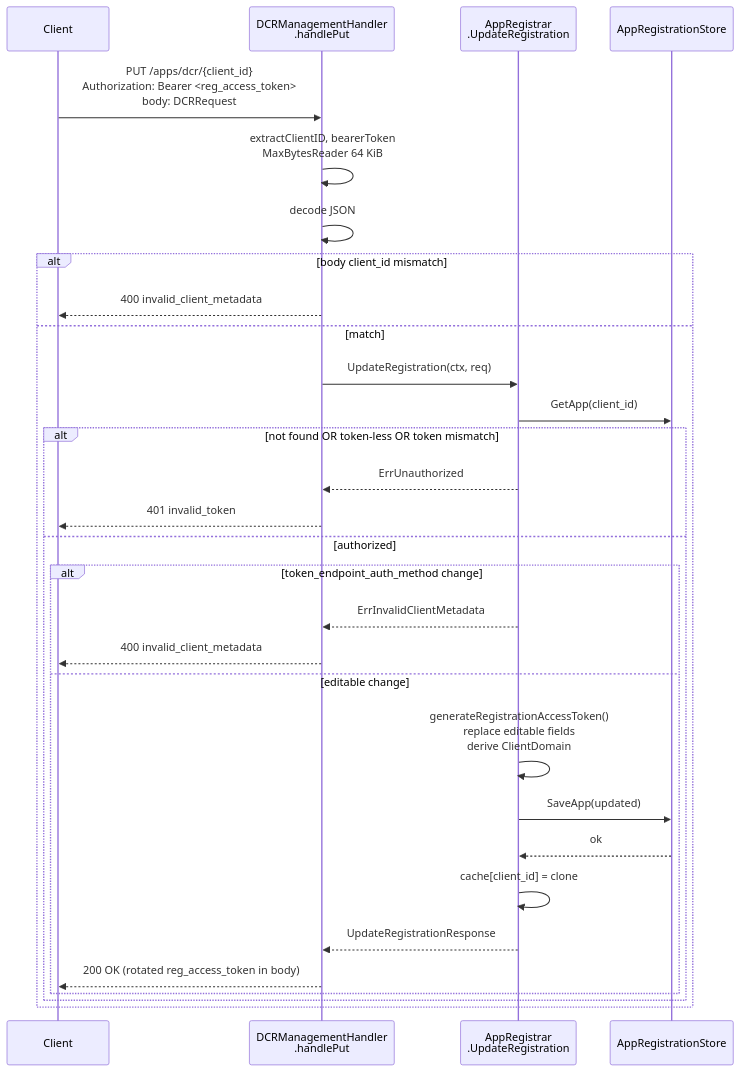
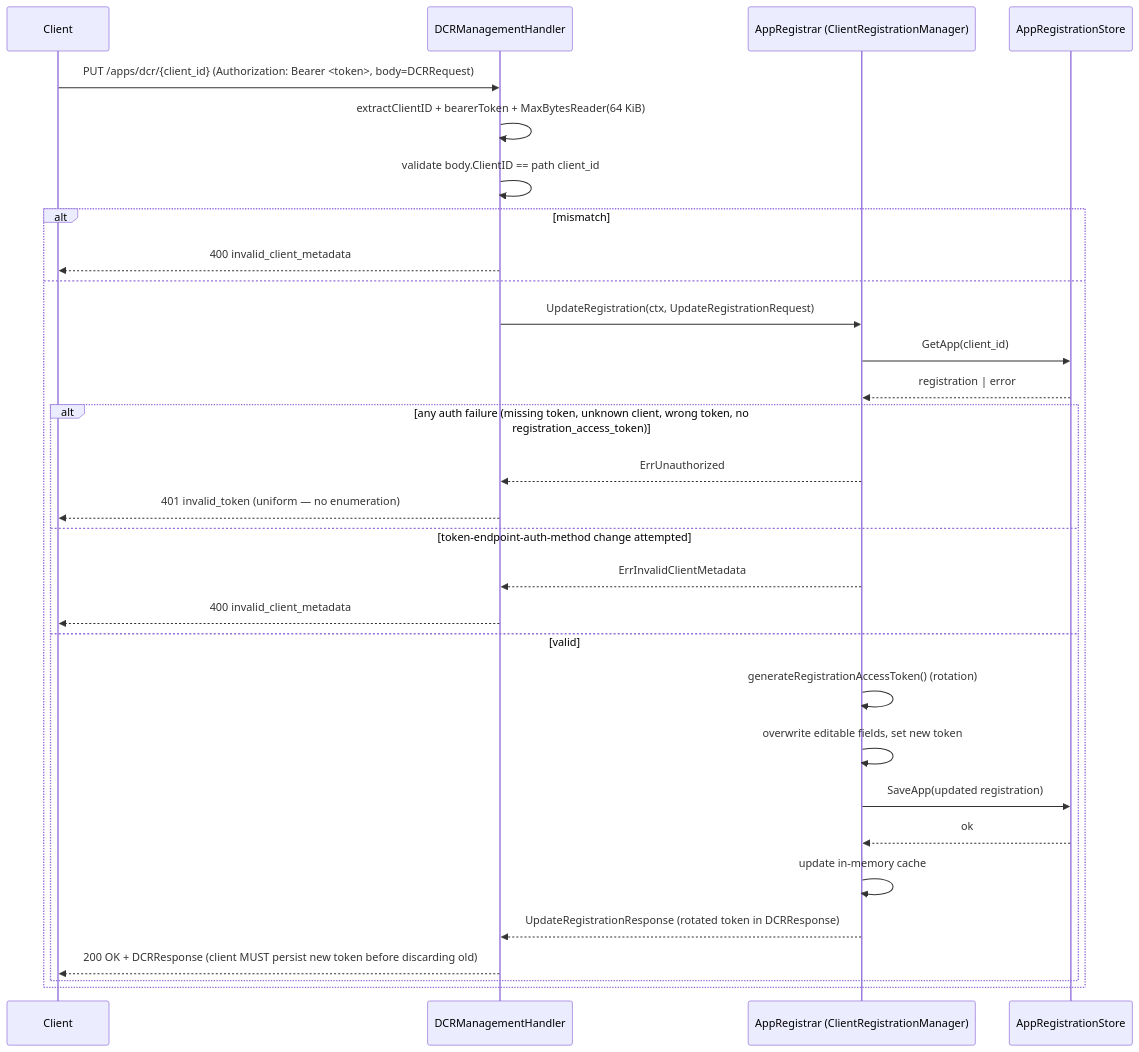
The second of 4 diagrams in admin/DESIGN.md (panyam/oneauth), drawn with Mermaid before and after one commit. The commit also changed other lines of this file and 42 other files, not shown here.

````diff
--- a/admin/DESIGN.md
+++ b/admin/DESIGN.md
@@ -125,33 +127,33 @@
 ```mermaid
 sequenceDiagram
     participant Client
-    participant H as DCRManagementHandler<br/>.handlePut
-    participant Mgr as AppRegistrar<br/>.UpdateRegistration
+    participant Mgmt as DCRManagementHandler
+    participant Mgr as AppRegistrar (ClientRegistrationManager)
     participant Store as AppRegistrationStore
 
-    Client->>H: PUT /apps/dcr/{client_id}<br/>Authorization: Bearer <reg_access_token><br/>body: DCRRequest
-    H->>H: extractClientID, bearerToken<br/>MaxBytesReader 64 KiB
-    H->>H: decode JSON
-    alt body client_id mismatch
-        H-->>Client: 400 invalid_client_metadata
-    else match
-        H->>Mgr: UpdateRegistration(ctx, req)
+    Client->>Mgmt: PUT /apps/dcr/{client_id} (Authorization: Bearer <token>, body=DCRRequest)
+    Mgmt->>Mgmt: extractClientID + bearerToken + MaxBytesReader(64 KiB)
+    Mgmt->>Mgmt: validate body.ClientID == path client_id
+    alt mismatch
+        Mgmt-->>Client: 400 invalid_client_metadata
+    else
+        Mgmt->>Mgr: UpdateRegistration(ctx, UpdateRegistrationRequest)
         Mgr->>Store: GetApp(client_id)
-        alt not found OR token-less OR token mismatch
-            Mgr-->>H: ErrUnauthorized
-            H-->>Client: 401 invalid_token
-        else authorized
-            alt token_endpoint_auth_method change
-                Mgr-->>H: ErrInvalidClientMetadata
-                H-->>Client: 400 invalid_client_metadata
-            else editable change
-                Mgr->>Mgr: generateRegistrationAccessToken()<br/>replace editable fields<br/>derive ClientDomain
-                Mgr->>Store: SaveApp(updated)
-                Store-->>Mgr: ok
-                Mgr->>Mgr: cache[client_id] = clone
-                Mgr-->>H: UpdateRegistrationResponse
-                H-->>Client: 200 OK (rotated reg_access_token in body)
-            end
+        Store-->>Mgr: registration | error
+        alt any auth failure (missing token, unknown client, wrong token, no registration_access_token)
+            Mgr-->>Mgmt: ErrUnauthorized
+            Mgmt-->>Client: 401 invalid_token (uniform — no enumeration)
+        else token-endpoint-auth-method change attempted
+            Mgr-->>Mgmt: ErrInvalidClientMetadata
+            Mgmt-->>Client: 400 invalid_client_metadata
+        else valid
+            Mgr->>Mgr: generateRegistrationAccessToken() (rotation)
+            Mgr->>Mgr: overwrite editable fields, set new token
+            Mgr->>Store: SaveApp(updated registration)
+            Store-->>Mgr: ok
+            Mgr->>Mgr: update in-memory cache
+            Mgr-->>Mgmt: UpdateRegistrationResponse (rotated token in DCRResponse)
+            Mgmt-->>Client: 200 OK + DCRResponse (client MUST persist new token before discarding old)
         end
     end
 ```
````
